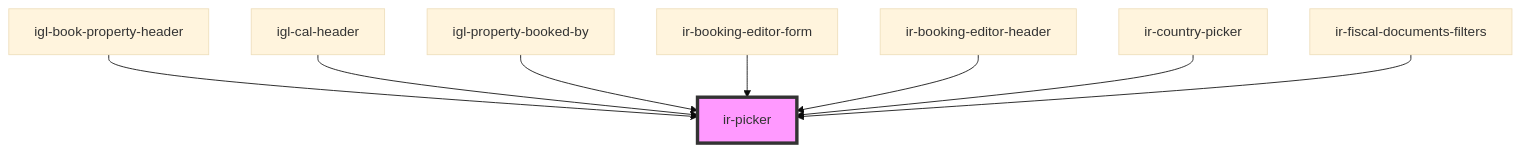
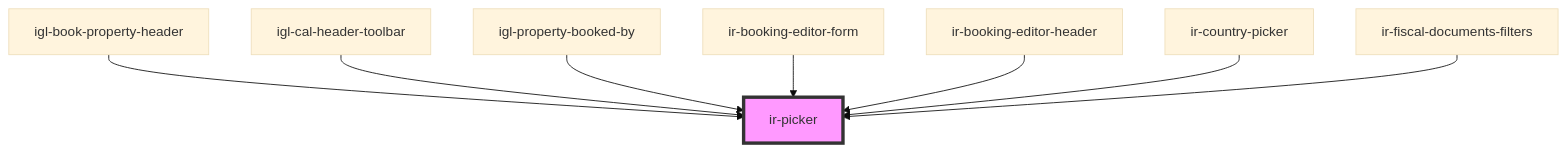
One commit to RonyRizk/ir-webcmp changed the diagram in src/components/ui/ir-picker/readme.md. Above: the diagram before and after it, drawn with Mermaid (base theme). The commit also changed other lines of this file and 244 other files, not shown here.

````diff
--- a/src/components/ui/ir-picker/readme.md
+++ b/src/components/ui/ir-picker/readme.md
@@ -91,11 +91,11 @@
 ```mermaid
 graph TD;
   igl-book-property-header --> ir-picker
-  igl-cal-header --> ir-picker
+  igl-cal-header-toolbar --> ir-picker
   igl-property-booked-by --> ir-picker
   ir-booking-editor-form --> ir-picker
   ir-booking-editor-header --> ir-picker
   ir-country-picker --> ir-picker
   ir-fiscal-documents-filters --> ir-picker
   style ir-picker fill:#f9f,stroke:#333,stroke-width:4px
 ```
````
